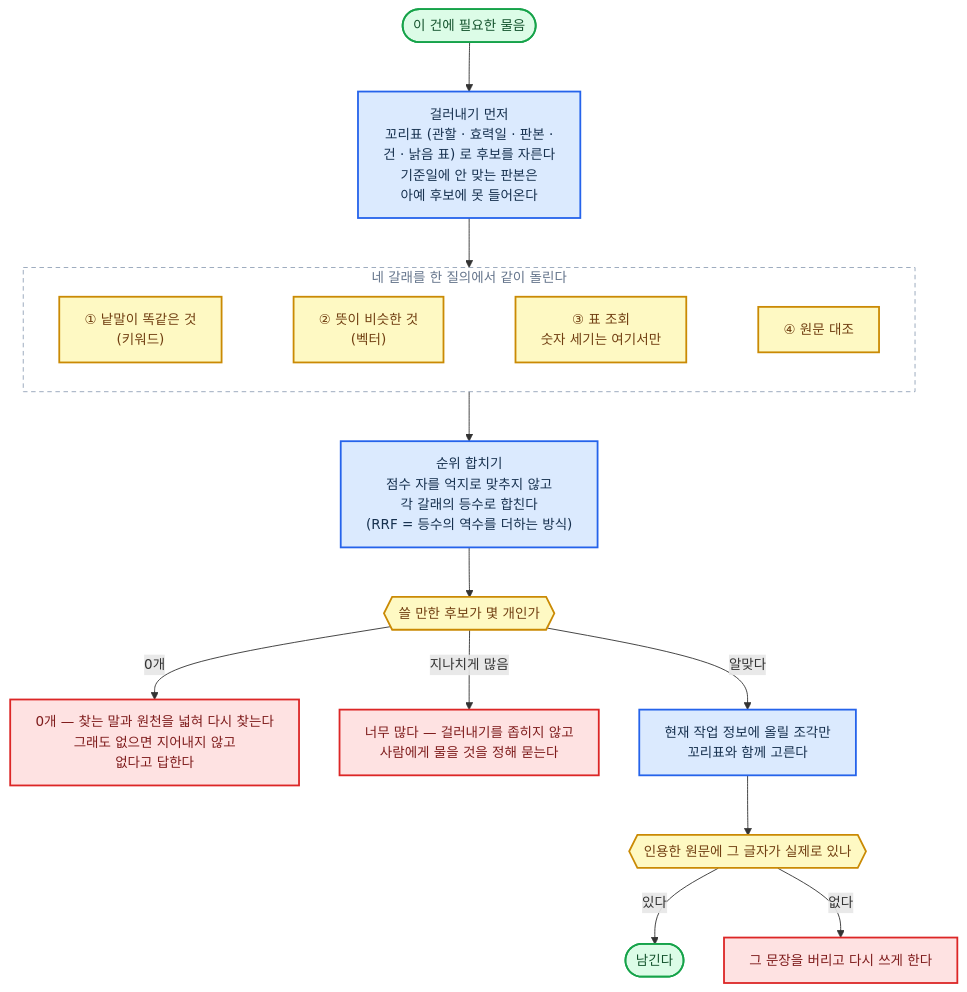
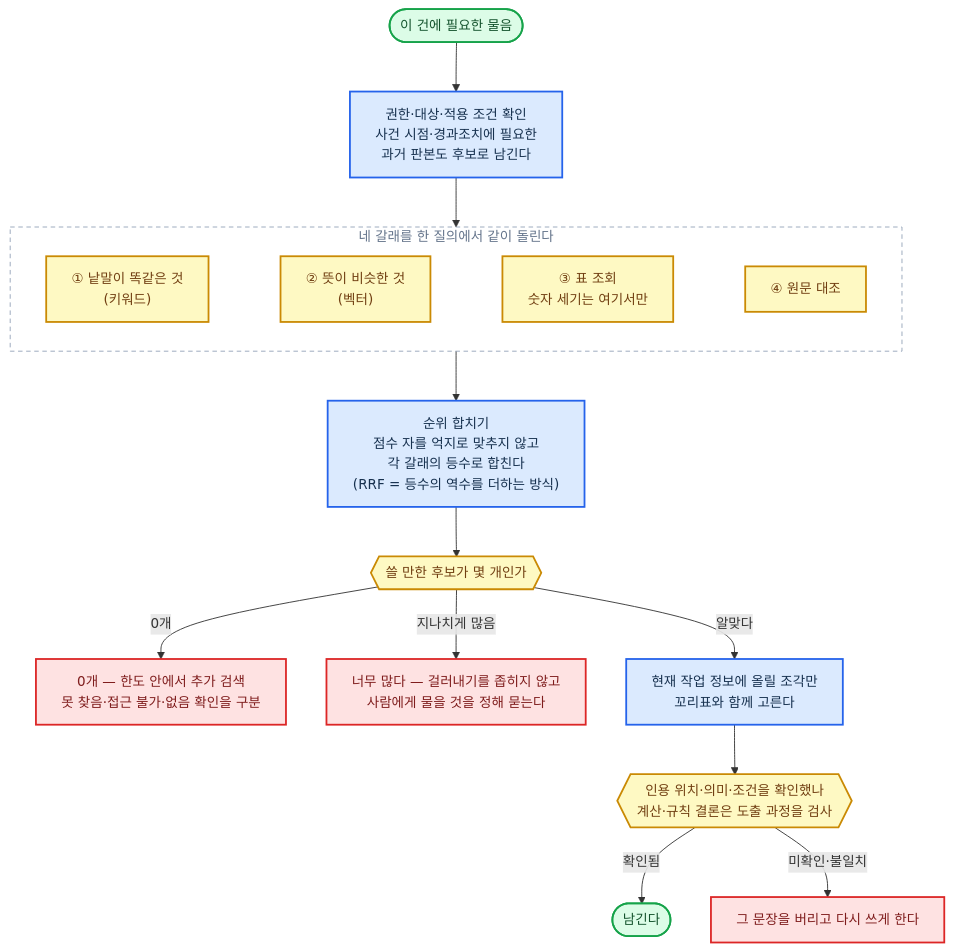
The eighth of 15 diagrams in 전문가 에이전트 정의 2.md (harisbaguette/expert), drawn with Mermaid before and after one commit. The commit also changed other lines of this file, not shown here.

````diff
--- a/전문가 에이전트 정의 2.md
+++ b/전문가 에이전트 정의 2.md
@@ -1572,33 +1463,33 @@
 ```mermaid
 %%{init: {"flowchart": {"wrappingWidth": 640, "curve": "basis", "nodeSpacing": 45, "rankSpacing": 55, "padding": 14, "useMaxWidth": true}, "themeVariables": {"fontSize": "15px"}} }%%
 flowchart TB
     Q(["이 건에 필요한 물음"]):::good
-    FILT["걸러내기 먼저<br/>꼬리표 (관할 · 효력일 · 판본 ·<br/>건 · 낡음 표) 로 후보를 자른다<br/>기준일에 안 맞는 판본은<br/>아예 후보에 못 들어온다"]:::main
+    FILT["권한·대상·적용 조건 확인<br/>사건 시점·경과조치에 필요한<br/>과거 판본도 후보로 남긴다"]:::main
     subgraph FOUR["네 갈래를 한 질의에서 같이 돌린다"]
         direction LR
         W["① 낱말이 똑같은 것<br/>(키워드)"]:::note
         V["② 뜻이 비슷한 것<br/>(벡터)"]:::note
         TB2["③ 표 조회<br/>숫자 세기는 여기서만"]:::note
         O["④ 원문 대조"]:::note
         W ~~~ V ~~~ TB2 ~~~ O
     end
     RRF["순위 합치기<br/>점수 자를 억지로 맞추지 않고<br/>각 갈래의 등수로 합친다<br/>(RRF = 등수의 역수를 더하는 방식)"]:::main
     HOW{{"쓸 만한 후보가 몇 개인가"}}:::note
-    NONE["0개 — 찾는 말과 원천을 넓혀 다시 찾는다<br/>그래도 없으면 지어내지 않고<br/>없다고 답한다"]:::stop
+    NONE["0개 — 한도 안에서 추가 검색<br/>못 찾음·접근 불가·없음 확인을 구분"]:::stop
     MANY["너무 많다 — 걸러내기를 좁히지 않고<br/>사람에게 물을 것을 정해 묻는다"]:::stop
     PICK["현재 작업 정보에 올릴 조각만<br/>꼬리표와 함께 고른다"]:::main
-    CITE{{"인용한 원문에 그 글자가 실제로 있나"}}:::note
+    CITE{{"인용 위치·의미·조건을 확인했나<br/>계산·규칙 결론은 도출 과정을 검사"}}:::note
     KEEP(["남긴다"]):::good
     DROP["그 문장을 버리고 다시 쓰게 한다"]:::stop
     Q --> FILT --> FOUR --> RRF --> HOW
     HOW -- "0개" --> NONE
     HOW -- "지나치게 많음" --> MANY
     HOW -- "알맞다" --> PICK --> CITE
-    CITE -- "있다" --> KEEP
-    CITE -- "없다" --> DROP
+    CITE -- "확인됨" --> KEEP
+    CITE -- "미확인·불일치" --> DROP
     classDef main fill:#dbeafe,stroke:#2563eb,stroke-width:2px,color:#17314f
     classDef stop fill:#fee2e2,stroke:#dc2626,stroke-width:2px,color:#7f1d1d
     classDef good fill:#dcfce7,stroke:#16a34a,stroke-width:2px,color:#14532d
     classDef note fill:#fef9c3,stroke:#ca8a04,stroke-width:2px,color:#713f12
     style FOUR fill:none,stroke:#94a3b8,stroke-width:1px,stroke-dasharray:5 4,color:#64748b
 ```
````
